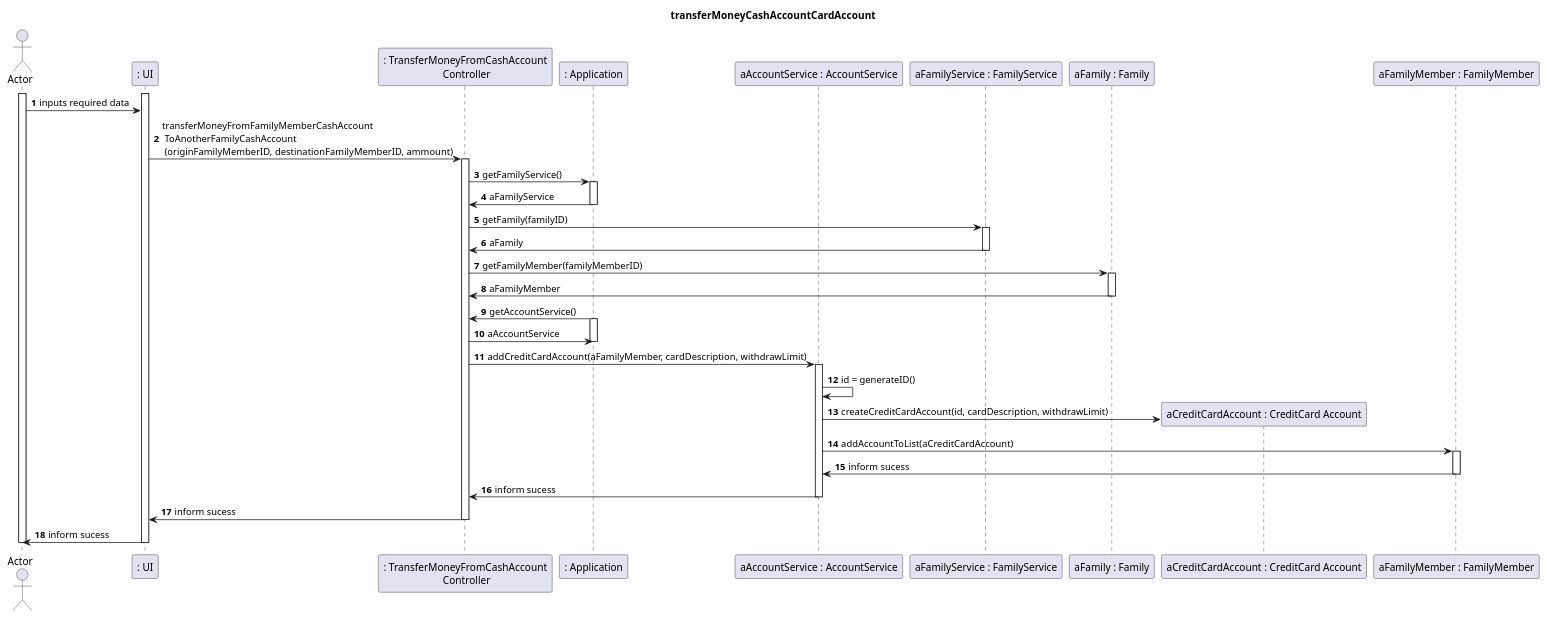
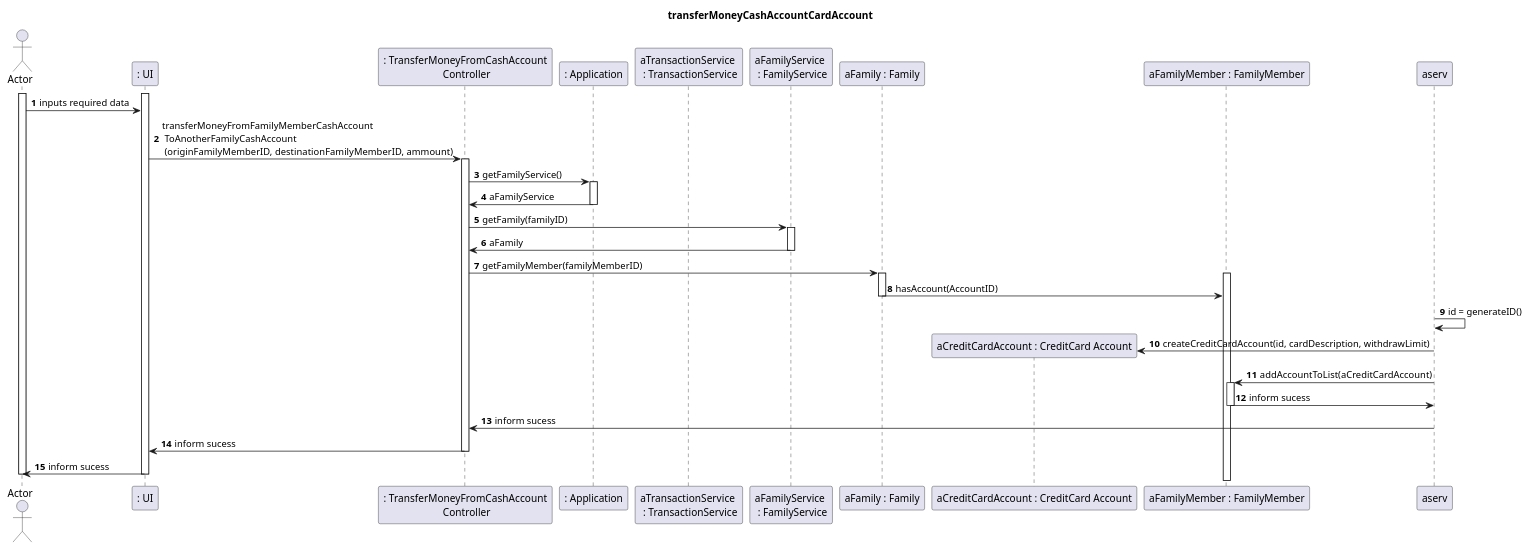
One commit to tomas-osswald/switch_2020_g3 changed the third of 4 diagrams in docs/sprint2/user_stories/US180_TransferMoneyFamilyMemberToFamilyMember.md. Above: the diagram before and after it, drawn with PlantUML. The commit also changed 2 other files, not shown here.

Commit message:
transfer money added

````diff
--- a/docs/sprint2/user_stories/US180_TransferMoneyFamilyMemberToFamilyMember.md
+++ b/docs/sprint2/user_stories/US180_TransferMoneyFamilyMemberToFamilyMember.md
@@ -131,60 +131,58 @@
 ``` puml
 autonumber 1
 title transferMoneyCashAccountCardAccount
 actor "Actor" as actor
 participant ": UI" as UI
 participant ": TransferMoneyFromCashAccount\n Controller" as controller
 participant ": Application" as app
-participant "aAccountService : AccountService" as aserv
-participant "aFamilyService : FamilyService" as fserv
+'participant "aAccountService \n : AccountService" as aserv
+participant "aTransactionService \n : TransactionService" as tserv
+participant "aFamilyService \n : FamilyService" as fserv
 participant "aFamily : Family" as family
 participant "aCreditCardAccount : CreditCard Account" as credit
 participant "aFamilyMember : FamilyMember" as familyMember
 
 activate actor
 activate UI
 deactivate UI
 actor -> UI : inputs required data
 UI -> controller : transferMoneyFromFamilyMemberCashAccount \n ToAnotherFamilyCashAccount \n (originFamilyMemberID,  destinationFamilyMemberID, ammount)
 activate controller
 controller -> app : getFamilyService()
 activate app
 app -> controller : aFamilyService
 deactivate app
 controller -> fserv : getFamily(familyID)
 activate fserv
 fserv -> controller : aFamily
 deactivate fserv
 
 controller -> family : getFamilyMember(familyMemberID)
 activate family
-family -> controller : aFamilyMember
+activate familyMember
+family -> familyMember : hasAccount(AccountID)
 deactivate family
 
-app -> controller : getAccountService()
+/'app -> controller : getAccountService()
 activate app
 controller -> app : aAccountService
-deactivate app
-
-
-controller -> aserv : addCreditCardAccount(aFamilyMember, cardDescription, withdrawLimit)
-activate aserv
+deactivate app '/
 
 aserv -> aserv : id = generateID()
 
 aserv -> credit** : createCreditCardAccount(id, cardDescription, withdrawLimit)
 
 aserv -> familyMember : addAccountToList(aCreditCardAccount)
 activate familyMember 
 familyMember -> aserv : inform sucess
 deactivate familyMember
 aserv -> controller : inform sucess
 deactivate aserv
 
 controller -> UI : inform sucess
 deactivate controller
 
 UI -> actor : inform sucess
 deactivate UI
 deactivate actor
 ```
````
